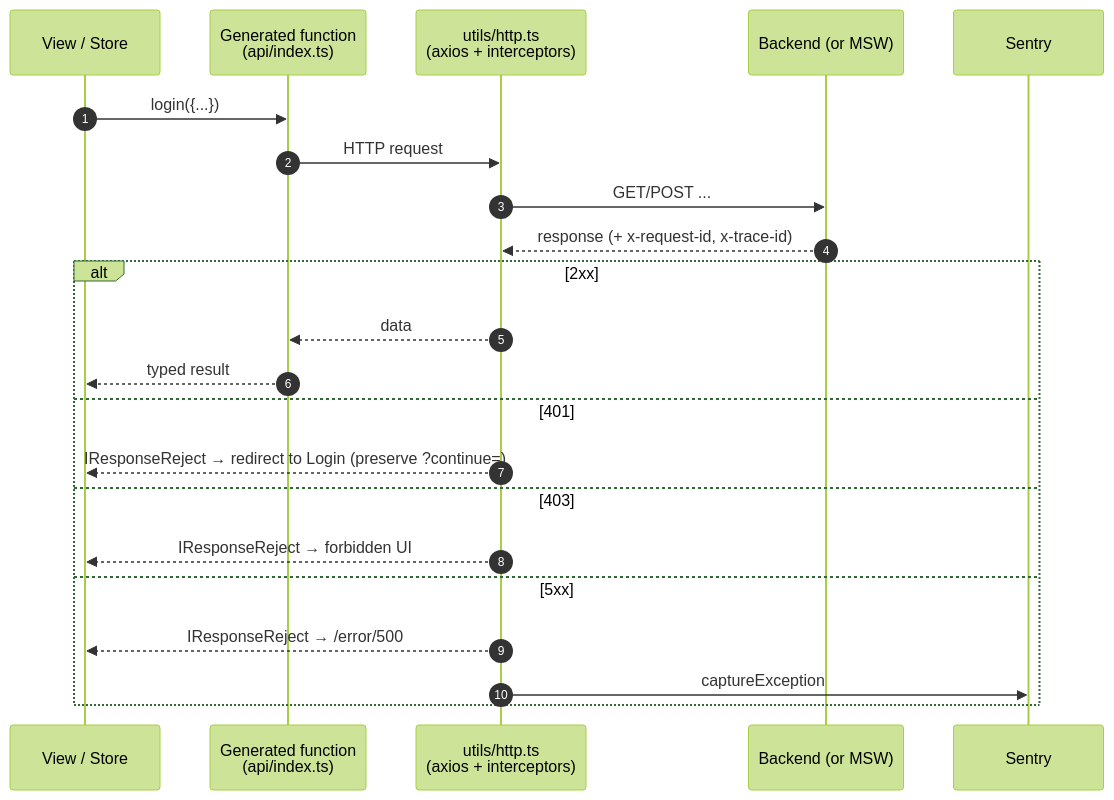
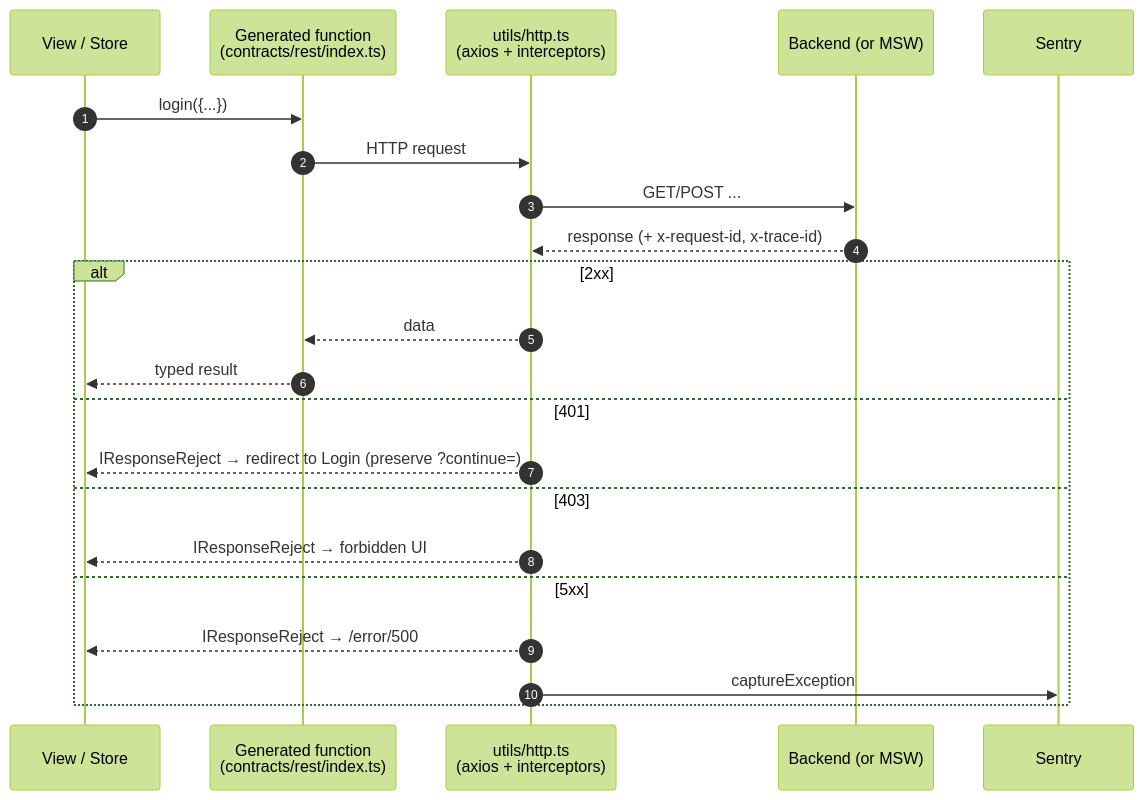
One commit to Guebbit/boilerplate-vue-frontend changed the fourth of 6 diagrams in README.md. Above: the diagram before and after it, drawn with Mermaid (forest theme). The commit also changed other lines of this file and 57 other files, not shown here.

````diff
--- a/README.md
+++ b/README.md
@@ -410,23 +412,23 @@
 ```mermaid
 sequenceDiagram
     autonumber
     participant V as View / Store
-    participant S as Generated function<br/>(api/index.ts)
+    participant S as Generated function<br/>(contracts/rest/index.ts)
     participant H as utils/http.ts<br/>(axios + interceptors)
     participant B as Backend (or MSW)
     V->>S: login({...})
     S->>H: HTTP request
     H->>B: GET/POST ...
     B-->>H: response (+ x-request-id, x-trace-id)
     alt 2xx
         H-->>S: data
         S-->>V: typed result
     else 401
         H-->>V: IResponseReject → redirect to Login (preserve ?continue=)
     else 403
         H-->>V: IResponseReject → forbidden UI
     else 5xx
         H-->>V: IResponseReject → /error/500
         H->>Sentry: captureException
     end
 ```
````
